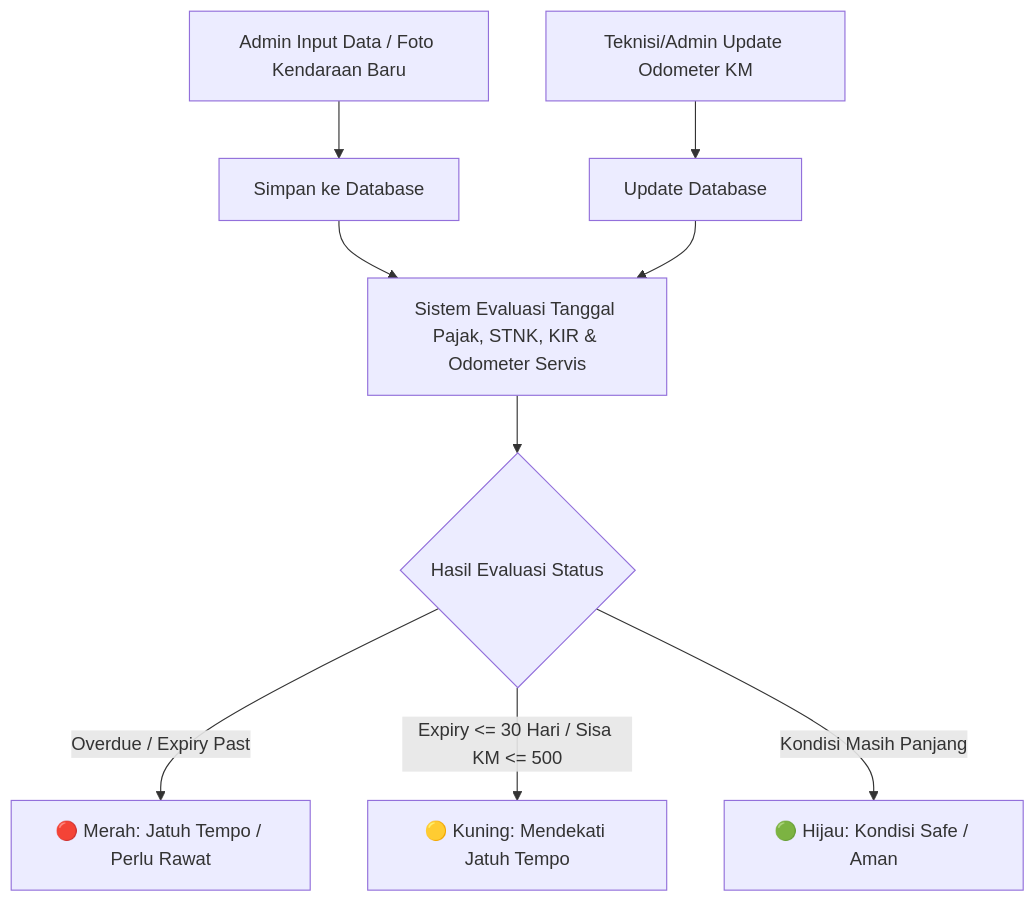
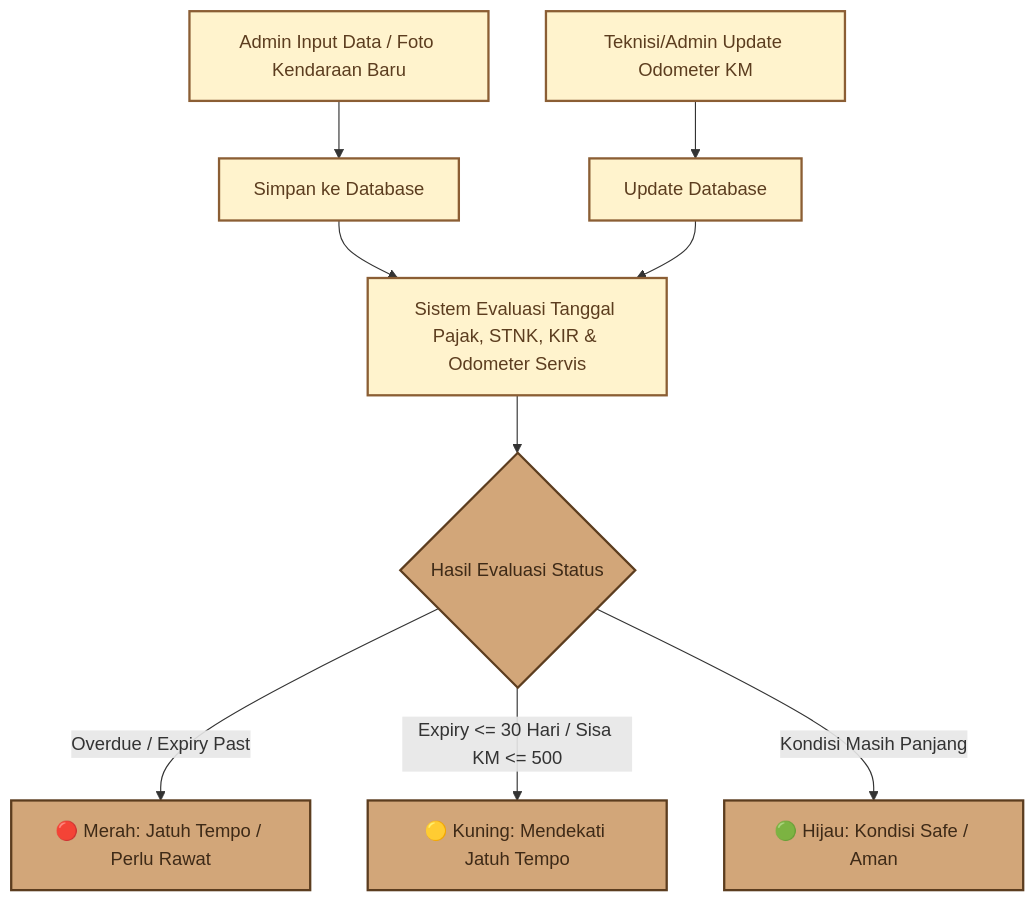
Before and after one commit to nazwasalsabila181718-droid/manajemen_perawatan: the fourth of 13 diagrams in docs/DOKUMENTASI_MODULE_SISTEM.md, drawn with Mermaid. The commit also changed other lines of this file, not shown here.

Commit message:
style: tambahkan tema warna kuning-coklat pada diagram mermaid

````diff
--- a/docs/DOKUMENTASI_MODULE_SISTEM.md
+++ b/docs/DOKUMENTASI_MODULE_SISTEM.md
@@ -96,11 +114,17 @@
 ```mermaid
 flowchart TD
+    classDef default fill:#FFF3CD,stroke:#8B5E34,stroke-width:2px,color:#5C3D1F;
+    classDef highlight fill:#D2A679,stroke:#5C3D1F,stroke-width:2px,color:#3E2A17;
+
     A[Admin Input Data / Foto Kendaraan Baru] --> B[Simpan ke Database]
     C[Teknisi/Admin Update Odometer KM] --> D[Update Database]
     B --> E[Sistem Evaluasi Tanggal Pajak, STNK, KIR & Odometer Servis]
     D --> E
     E --> F{Hasil Evaluasi Status}
     F -- Overdue / Expiry Past --> G[🔴 Merah: Jatuh Tempo / Perlu Rawat]
     F -- Expiry <= 30 Hari / Sisa KM <= 500 --> H[🟡 Kuning: Mendekati Jatuh Tempo]
     F -- Kondisi Masih Panjang --> I[🟢 Hijau: Kondisi Safe / Aman]
+
+    class A,B,C,D,E default;
+    class F,G,H,I highlight;
 ```
````
